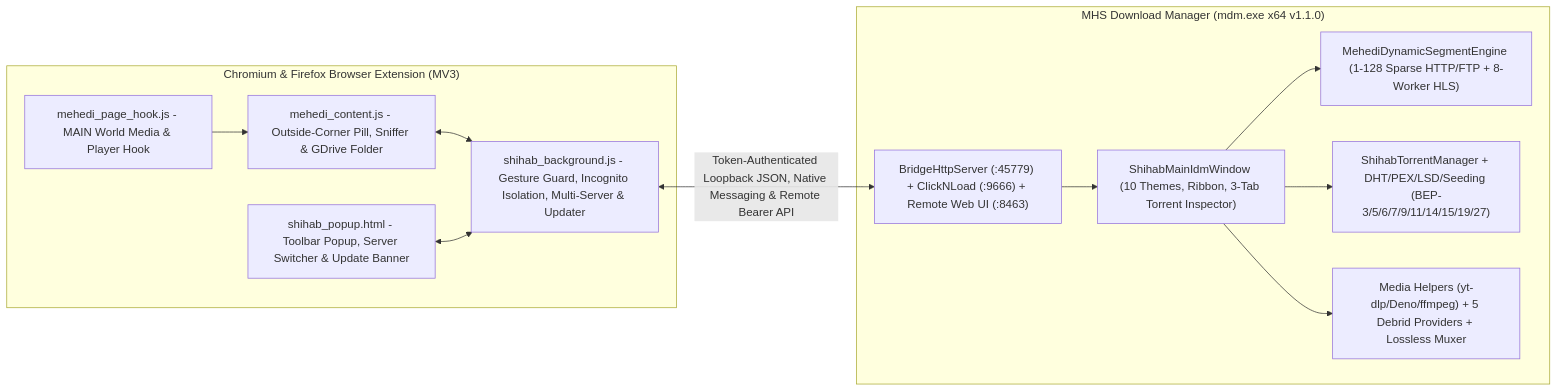
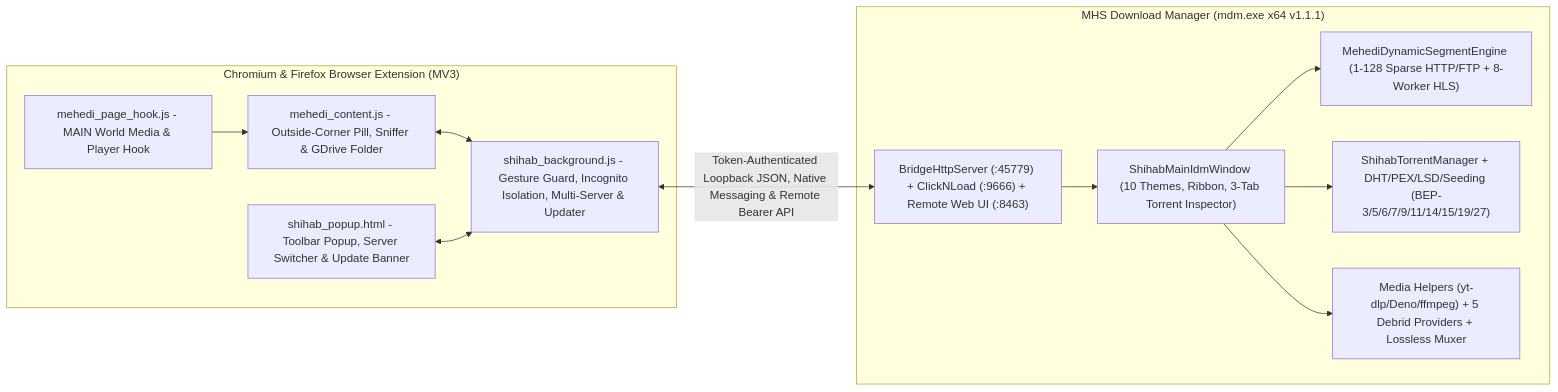
The diagram in README.md (sshihabb007/MHS-DOWNLOAD-MANAGER), drawn with Mermaid before and after one commit. The commit also changed other lines of this file and 24 other files, not shown here.

````diff
--- a/README.md
+++ b/README.md
@@ -171,27 +171,27 @@
 ```mermaid
 flowchart LR
     subgraph Browser["Chromium & Firefox Browser Extension (MV3)"]
         PH["mehedi_page_hook.js - MAIN World Media & Player Hook"]
         CS["mehedi_content.js - Outside-Corner Pill, Sniffer & GDrive Folder"]
         SW["shihab_background.js - Gesture Guard, Incognito Isolation, Multi-Server & Updater"]
         PU["shihab_popup.html - Toolbar Popup, Server Switcher & Update Banner"]
         PH --> CS
         CS <--> SW
         PU <--> SW
     end
 
-    subgraph Desktop["MHS Download Manager (mdm.exe x64 v1.1.0)"]
+    subgraph Desktop["MHS Download Manager (mdm.exe x64 v1.1.1)"]
         BR["BridgeHttpServer (:45779) + ClickNLoad (:9666) + Remote Web UI (:8463)"]
         UI["ShihabMainIdmWindow (10 Themes, Ribbon, 3-Tab Torrent Inspector)"]
         DE["MehediDynamicSegmentEngine (1-128 Sparse HTTP/FTP + 8-Worker HLS)"]
         BT["ShihabTorrentManager + DHT/PEX/LSD/Seeding (BEP-3/5/6/7/9/11/14/15/19/27)"]
         MD["Media Helpers (yt-dlp/Deno/ffmpeg) + 5 Debrid Providers + Lossless Muxer"]
 
         BR --> UI
         UI --> DE
         UI --> BT
         UI --> MD
     end
 
     SW <-->|"Token-Authenticated Loopback JSON, Native Messaging & Remote Bearer API"| BR
 ```
````
